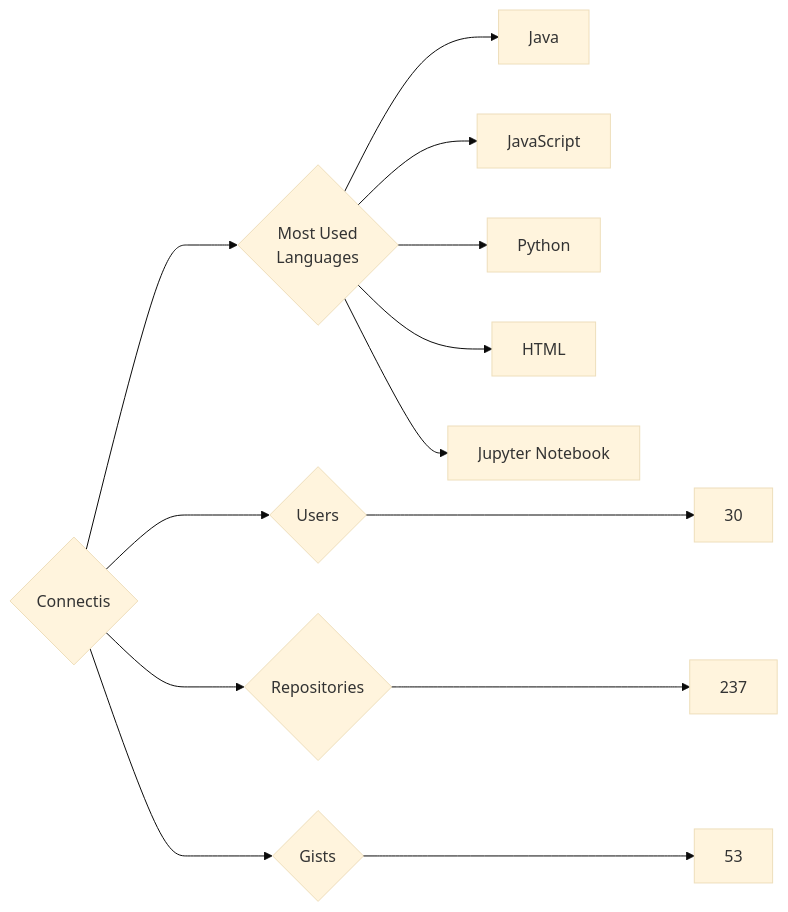
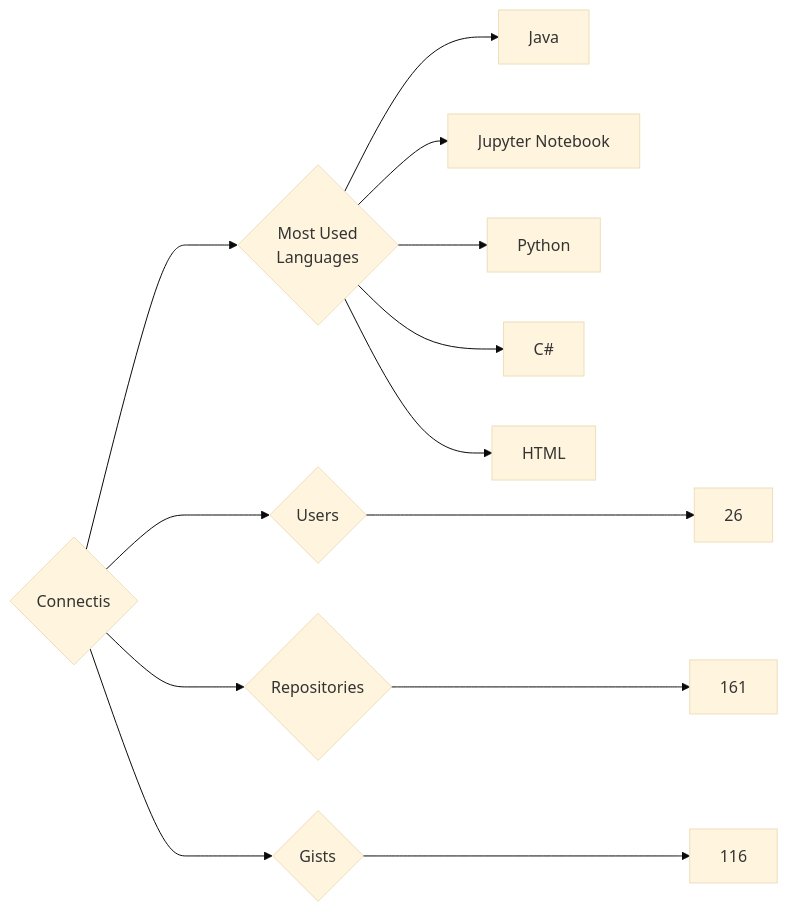
One commit to trickest/insiders changed the diagram in targets/Connectis/README.md. Above: the diagram before and after it, drawn with Mermaid (base theme). The commit also changed 657 other files, not shown here.

````diff
--- a/targets/Connectis/README.md
+++ b/targets/Connectis/README.md
@@ -3,13 +3,13 @@
 ```mermaid
 graph LR
 COMPANY_NAME{Connectis}
-COMPANY_NAME ---> U{Users} ---> UN[30]
-COMPANY_NAME ---> R{Repositories} ---> RN[237]
-COMPANY_NAME ---> G{Gists} ---> GN[53]
+COMPANY_NAME ---> U{Users} ---> UN[26]
+COMPANY_NAME ---> R{Repositories} ---> RN[161]
+COMPANY_NAME ---> G{Gists} ---> GN[116]
 COMPANY_NAME ---> ML{Most Used<br>Languages}
 ML --> Java[Java]
-ML --> JavaScript[JavaScript]
+ML --> Jupyter_Notebook[Jupyter Notebook]
 ML --> Python[Python]
+ML --> C#[C#]
 ML --> HTML[HTML]
-ML --> Jupyter_Notebook[Jupyter Notebook]
 ```
````
